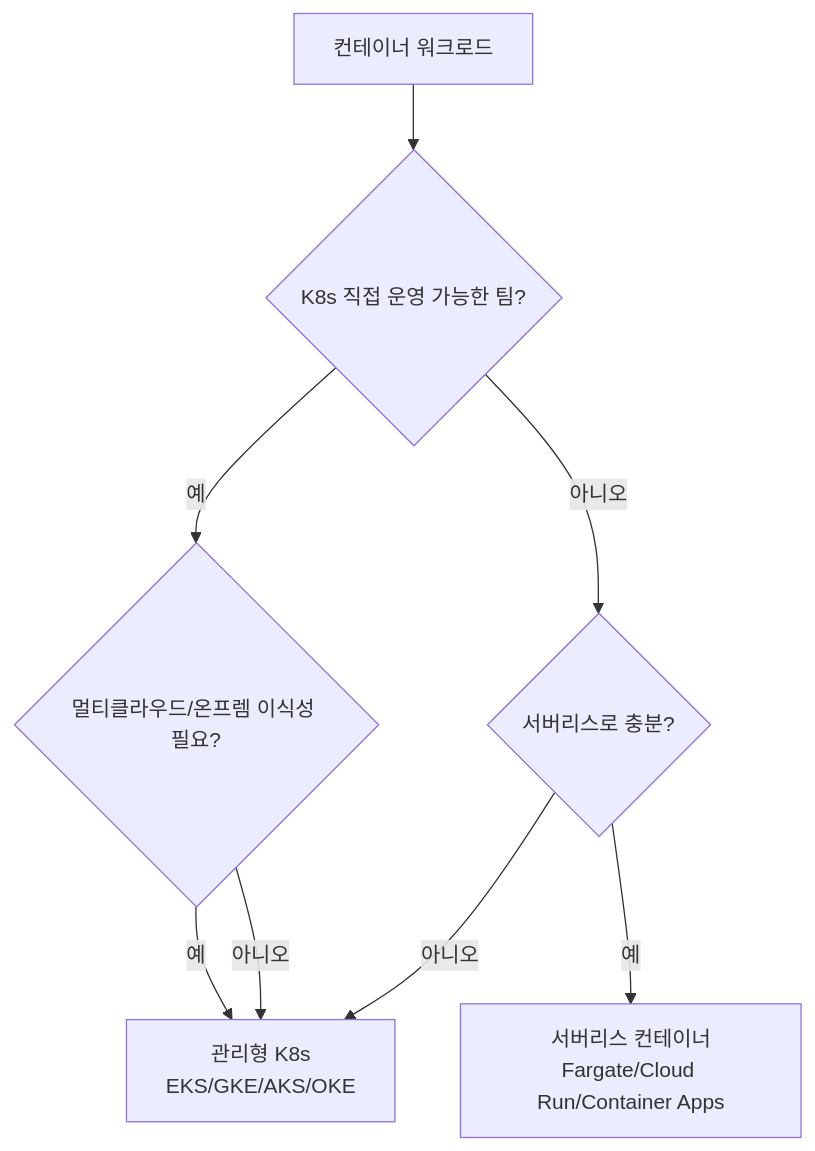
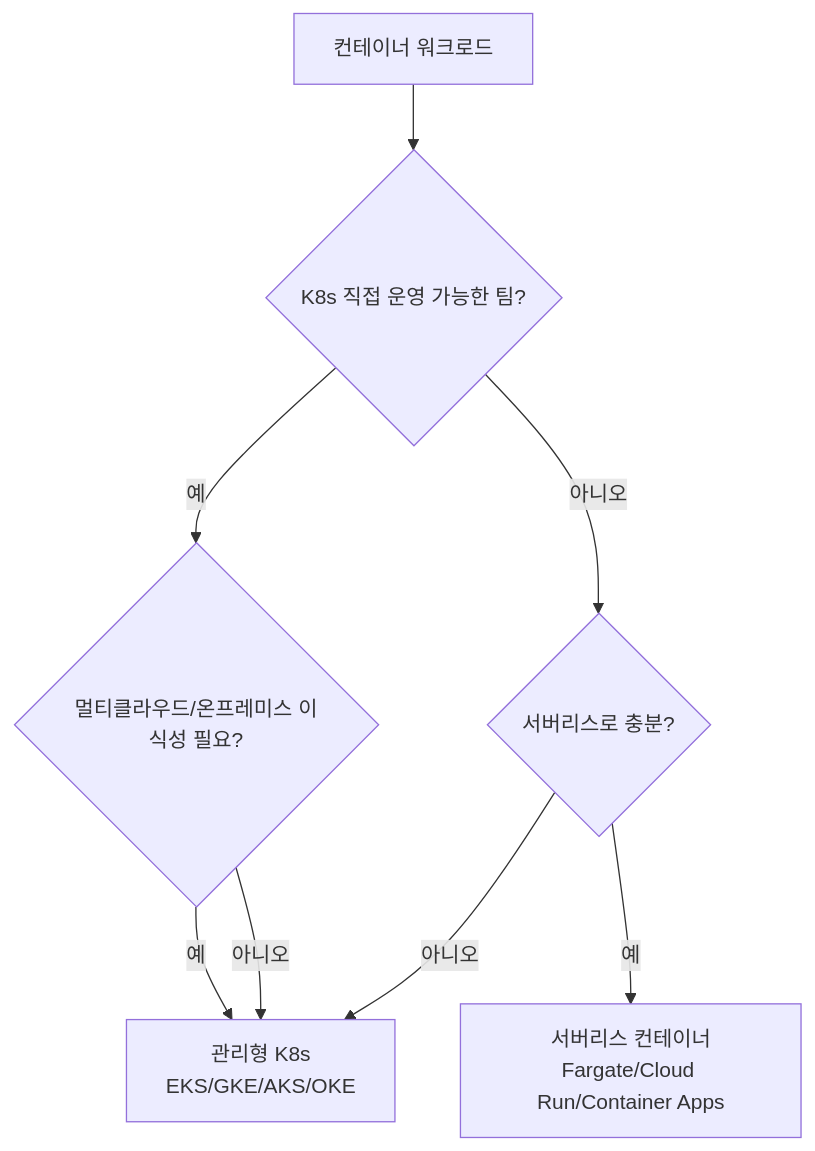
One commit to cloudpickr/cloudpick-docs changed the diagram in compute/containers.md. Above: the diagram before and after it, drawn with Mermaid. The commit also changed 5 other files, not shown here.

Commit message:
fix: '온프렘' → '온프레미스'로 전체 통일 (12건)

````diff
--- a/compute/containers.md
+++ b/compute/containers.md
@@ -61,10 +61,10 @@
 ```mermaid
 flowchart TD
     A[컨테이너 워크로드] --> B{K8s 직접 운영 가능한 팀?}
-    B -->|예| C{멀티클라우드/온프렘 이식성 필요?}
+    B -->|예| C{멀티클라우드/온프레미스 이식성 필요?}
     B -->|아니오| D{서버리스로 충분?}
     C -->|예| E[관리형 K8s<br/>EKS/GKE/AKS/OKE]
     C -->|아니오| E
     D -->|예| F[서버리스 컨테이너<br/>Fargate/Cloud Run/Container Apps]
     D -->|아니오| E
 ```
````
